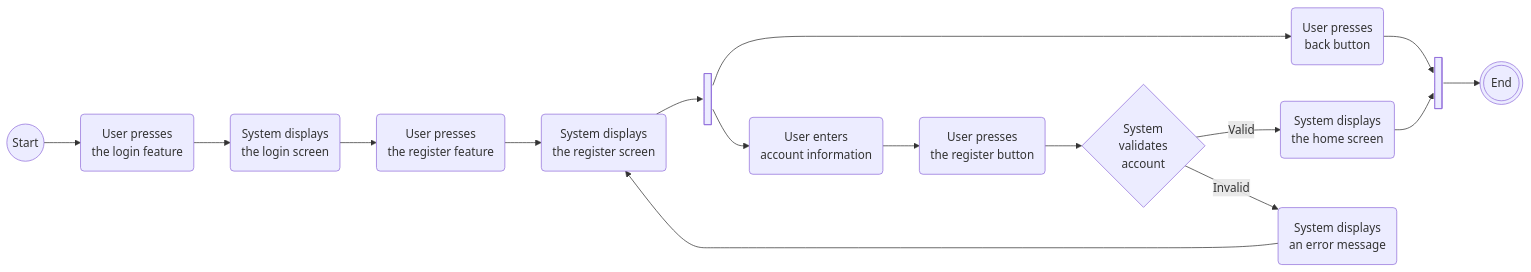
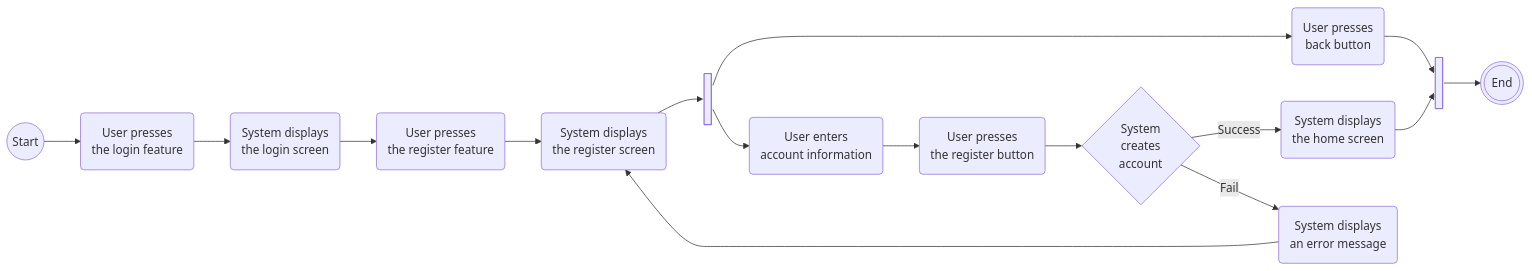
One commit to GeMiNiOranGe/GeMovie changed the second of 10 diagrams in docs/diagrams/activities/functional_activity.md. Above: the diagram before and after it, drawn with Mermaid. The commit also changed other lines of this file, not shown here.

````diff
--- a/docs/diagrams/activities/functional_activity.md
+++ b/docs/diagrams/activities/functional_activity.md
@@ -39,33 +39,33 @@
 ```mermaid
 flowchart LR
     Start@{ shape: circle }
     End@{ shape: double-circle }
     Fork@{ shape: fork, label: "Fork or Join" }
     EndFork@{ shape: join, label: "Fork or Join" }
     LoginScreenButton(User presses<br/>the login feature)
     LoginScreen(System displays<br/>the login screen)
     RegisterScreen(System displays<br/>the register screen)
     RegisterScreenButton(User presses<br/>the register feature)
     BackButton(User presses<br/>back button)
     EnterAccount(User enters<br/>account information)
     RegisterButton(User presses<br/>the register button)
-    Validate{System<br/>validates<br/>account}
-    ValidCase(System displays<br/>the home screen)
-    InvalidCase(System displays<br/>an error message)
+    CreationState{System<br/>creates<br/>account}
+    SuccessCase(System displays<br/>the home screen)
+    FailCase(System displays<br/>an error message)
 
     Start --> LoginScreenButton
     LoginScreenButton --> LoginScreen
     LoginScreen --> RegisterScreenButton
     RegisterScreenButton --> RegisterScreen
     RegisterScreen --> Fork
     Fork --> BackButton
         BackButton --> EndFork
     Fork --> EnterAccount
         EnterAccount --> RegisterButton
-        RegisterButton --> Validate
-        Validate -->|Valid| ValidCase
-            ValidCase --> EndFork
-        Validate -->|Invalid| InvalidCase
-            InvalidCase --> RegisterScreen
+        RegisterButton --> CreationState
+        CreationState -->|Success| SuccessCase
+            SuccessCase --> EndFork
+        CreationState -->|Fail| FailCase
+            FailCase --> RegisterScreen
     EndFork --> End
 ```
````
